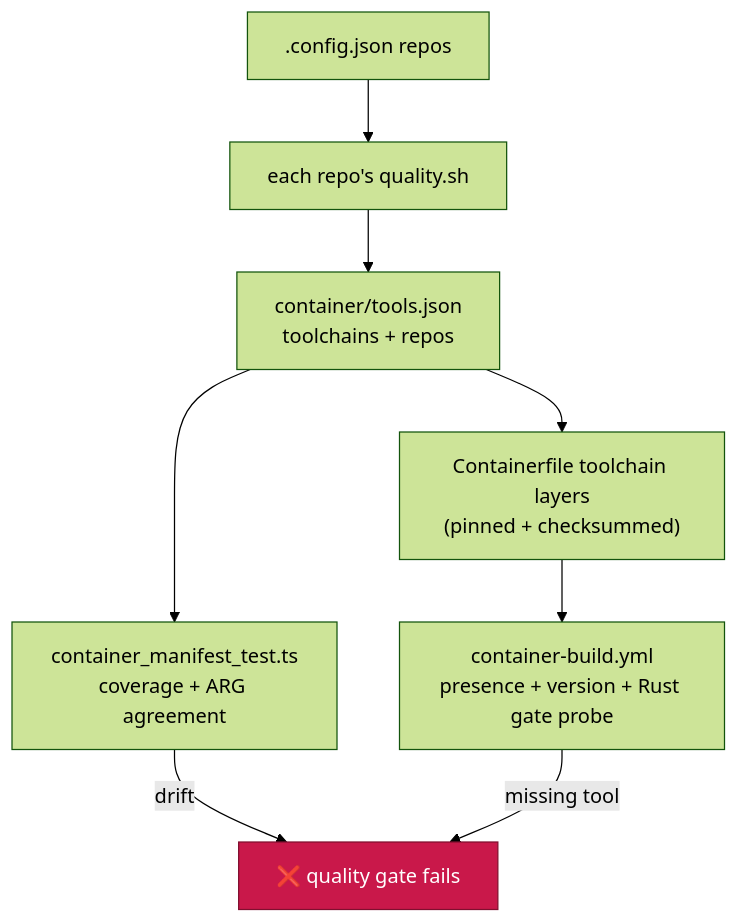
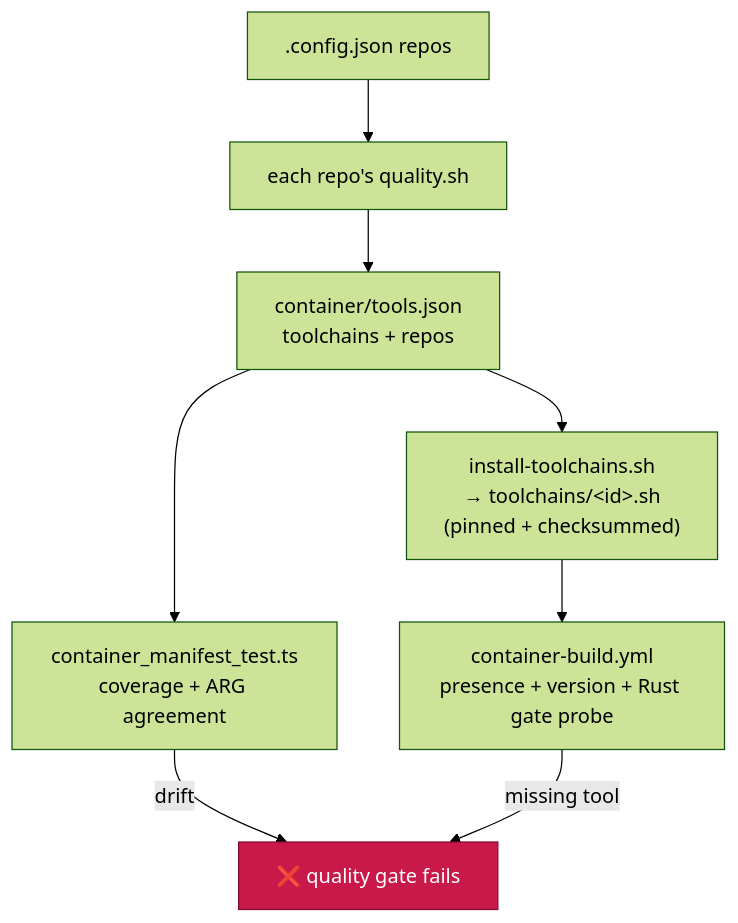
Before and after one commit to stSoftwareAU/VibeCoder: the first of 19 diagrams in docs/CONTAINER.md, drawn with Mermaid (forest theme). The commit also changed other lines of this file and 13 other files, not shown here.

````diff
--- a/docs/CONTAINER.md
+++ b/docs/CONTAINER.md
@@ -123,11 +134,11 @@
 ```mermaid
 flowchart TD
     C[".config.json repos"] --> Q["each repo's quality.sh"]
     Q --> T["container/tools.json<br/>toolchains + repos"]
-    T --> L["Containerfile toolchain layers<br/>(pinned + checksummed)"]
+    T --> L["install-toolchains.sh<br/>→ toolchains/&lt;id&gt;.sh<br/>(pinned + checksummed)"]
     T --> V["container_manifest_test.ts<br/>coverage + ARG agreement"]
     L --> C2["container-build.yml<br/>presence + version + Rust gate probe"]
     V -->|drift| F["❌ quality gate fails"]
     C2 -->|missing tool| F
     style F fill:#c9184a,stroke:#800f2f,color:#fff
 ```
````
